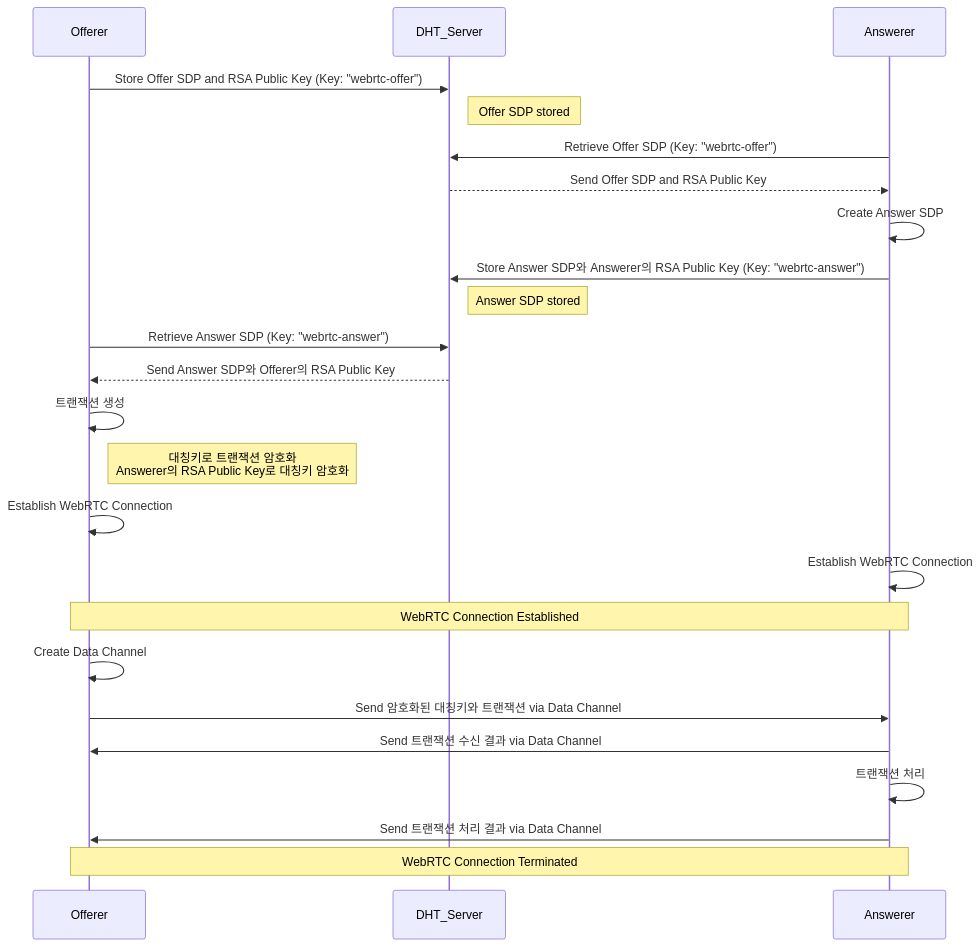
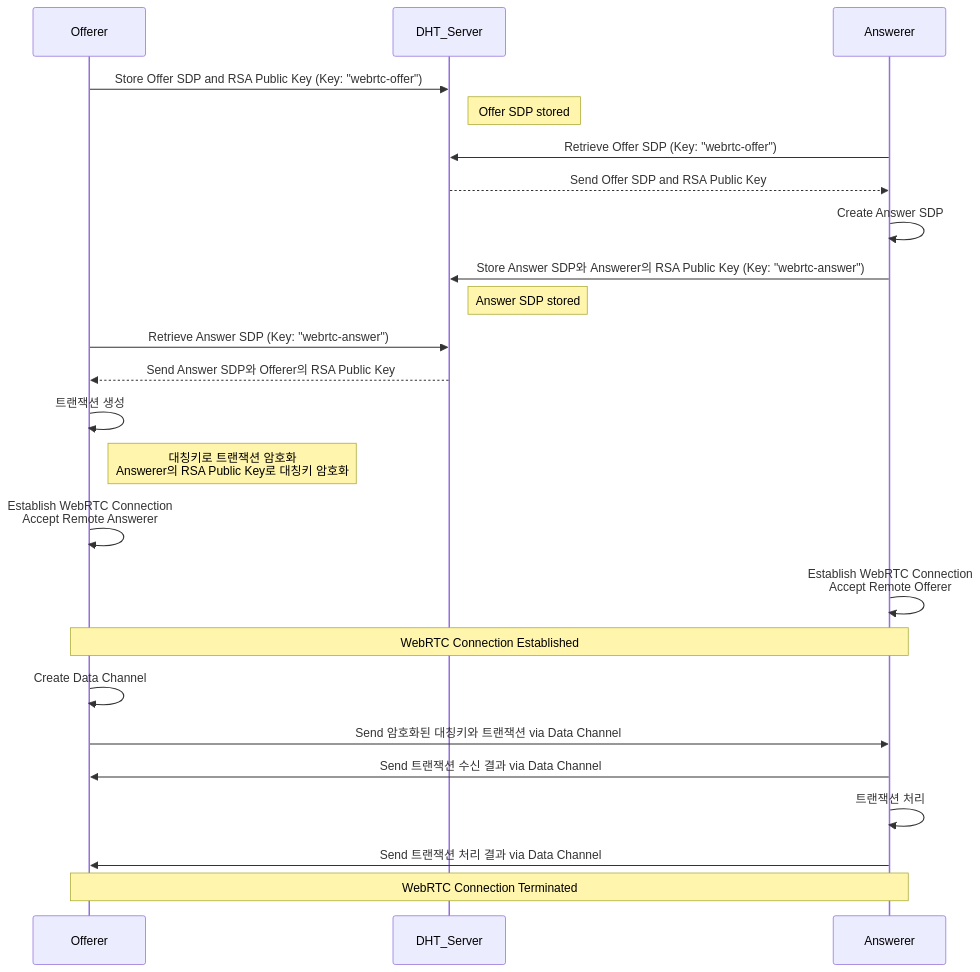
The second of 2 diagrams in README.md (tanminkwan/blockchain), drawn with Mermaid before and after one commit. The commit also changed other lines of this file, not shown here.

````diff
--- a/README.md
+++ b/README.md
@@ -134,34 +28,34 @@
 ```mermaid
 sequenceDiagram
     participant Offerer
     participant DHT_Server
     participant Answerer
 
     Offerer->>DHT_Server: Store Offer SDP and RSA Public Key (Key: "webrtc-offer")
     Note right of DHT_Server: Offer SDP stored
 
     Answerer->>DHT_Server: Retrieve Offer SDP (Key: "webrtc-offer")
     DHT_Server-->>Answerer: Send Offer SDP and RSA Public Key
 
     Answerer->>Answerer: Create Answer SDP
     Answerer->>DHT_Server: Store Answer SDP와 Answerer의 RSA Public Key (Key: "webrtc-answer")
     Note right of DHT_Server: Answer SDP stored
 
     Offerer->>DHT_Server: Retrieve Answer SDP (Key: "webrtc-answer")
     DHT_Server-->>Offerer: Send Answer SDP와 Offerer의 RSA Public Key
 
     Offerer->>Offerer: 트랜잭션 생성
     Note right of Offerer: 대칭키로 트랜잭션 암호화<br/>Answerer의 RSA Public Key로 대칭키 암호화
     
-    Offerer->>Offerer: Establish WebRTC Connection
-    Answerer->>Answerer: Establish WebRTC Connection
+    Offerer->>Offerer: Establish WebRTC Connection<br/>Accept Remote Answerer
+    Answerer->>Answerer: Establish WebRTC Connection<br/>Accept Remote Offerer
 
     Note over Offerer,Answerer: WebRTC Connection Established
     Offerer->>Offerer: Create Data Channel
     Offerer->>Answerer: Send 암호화된 대칭키와 트랜잭션 via Data Channel
     Answerer->>Offerer: Send 트랜잭션 수신 결과 via Data Channel
     Answerer->>Answerer: 트랜잭션 처리
     Answerer->>Offerer: Send 트랜잭션 처리 결과 via Data Channel
 
     Note over Offerer,Answerer: WebRTC Connection Terminated
 ```
````
